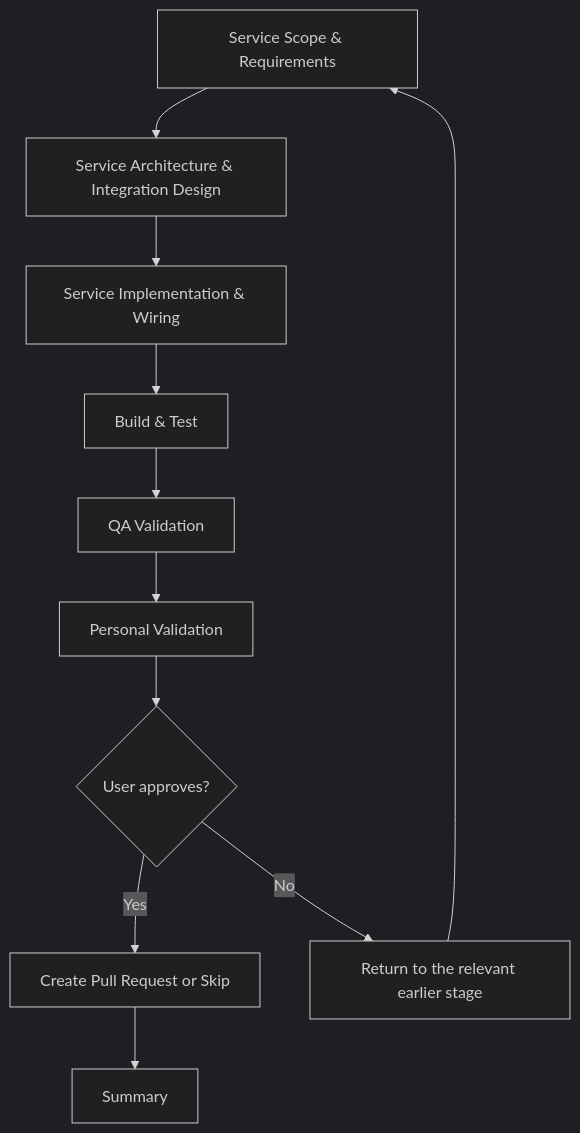
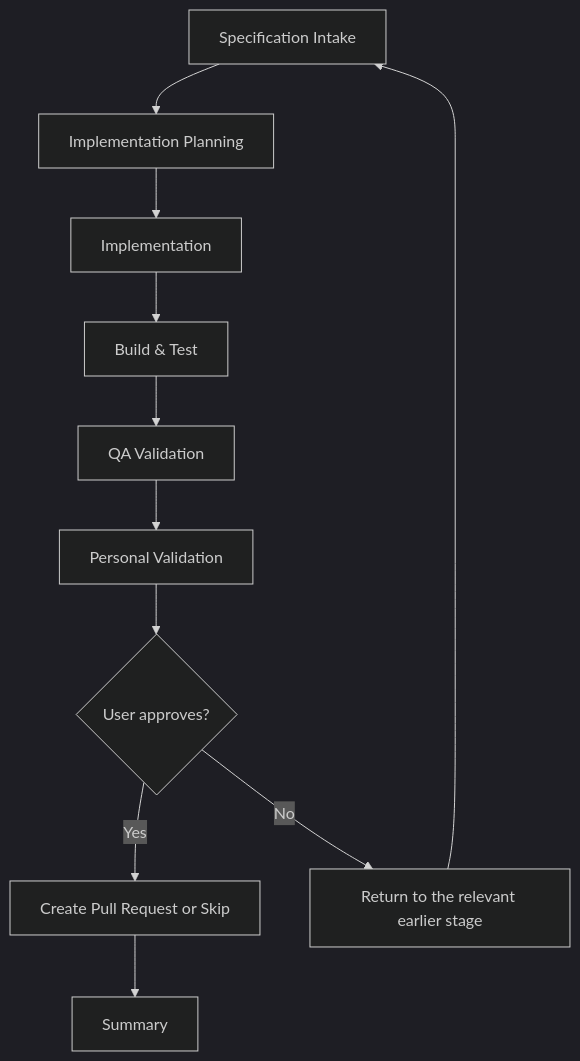
Diagram 14 of 14 in plugins/copilot-app/resources/orchestration-flow-diagrams.md (JSdotNet/Copilot), drawn with Mermaid (dark theme) before and after one commit. The commit also changed other lines of this file and 19 other files, not shown here.

````diff
--- a/plugins/copilot-app/resources/orchestration-flow-diagrams.md
+++ b/plugins/copilot-app/resources/orchestration-flow-diagrams.md
@@ -211,13 +350,13 @@
 ```mermaid
 flowchart TD
-    A["Service Scope & Requirements"] --> B["Service Architecture & Integration Design"]
-    B --> C["Service Implementation & Wiring"]
+    A["Specification Intake"] --> B["Implementation Planning"]
+    B --> C["Implementation"]
     C --> D["Build & Test"]
     D --> E["QA Validation"]
     E --> F["Personal Validation"]
     F --> G{User approves?}
     G -->|Yes| H["Create Pull Request or Skip"]
     G -->|No| I["Return to the relevant earlier stage"]
     I --> A
     H --> J["Summary"]
 ```
````
